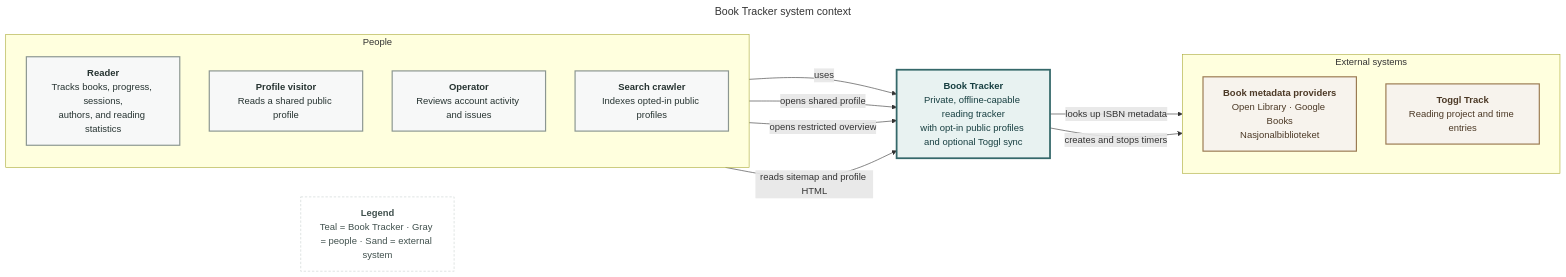
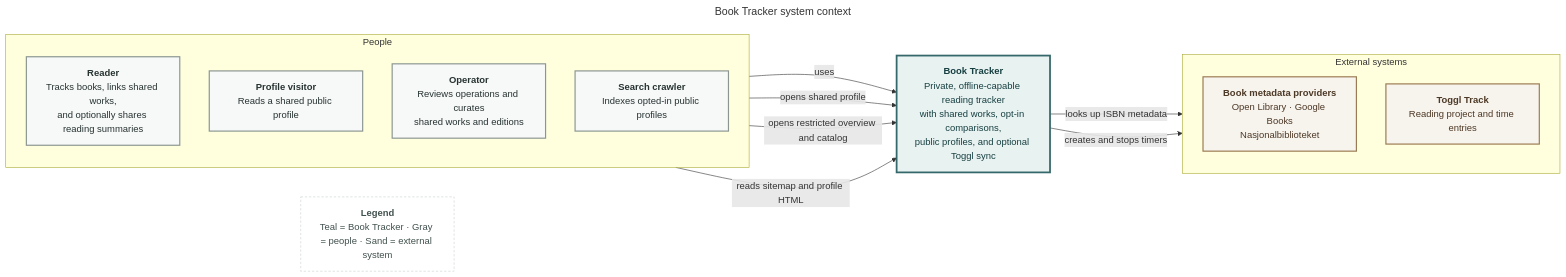
The diagram in docs/architecture/system-context.mmd (ankile/book-tracker), drawn with Mermaid before and after one commit. The commit also changed 75 other files, not shown here.

Commit message:
feat: connect books across users

```diff
--- a/docs/architecture/system-context.mmd
+++ b/docs/architecture/system-context.mmd
@@ -1,36 +1,36 @@
 ---
 title: Book Tracker system context
 ---
 flowchart LR
   accTitle: Book Tracker system context
-  accDescr: Readers, public profile visitors, the operator, and search crawlers use Book Tracker. Book Tracker reads book metadata from Open Library, Google Books, and Nasjonalbiblioteket, and optionally synchronizes reading timers with Toggl Track.
+  accDescr: Readers track personal books, connect them to a shared work catalog, and may opt into reader comparisons. The operator curates shared works and editions. Book Tracker also reads external metadata, serves public profiles, and optionally synchronizes timers with Toggl Track.
 
   classDef person fill:#f7f8f8,stroke:#8b9691,color:#263331,stroke-width:2px;
   classDef system fill:#e8f2f1,stroke:#35686a,color:#173f41,stroke-width:3px;
   classDef external fill:#f7f3ed,stroke:#9b7b52,color:#4c3926,stroke-width:2px;
   classDef legend fill:#ffffff,stroke:#c9d1cf,color:#40504d,stroke-width:1px,stroke-dasharray:4 3;
 
   subgraph people[People]
     direction TB
-    reader["<b>Reader</b><br/>Tracks books, progress, sessions,<br/>authors, and reading statistics"]:::person
+    reader["<b>Reader</b><br/>Tracks books, links shared works,<br/>and optionally shares reading summaries"]:::person
     visitor["<b>Profile visitor</b><br/>Reads a shared public profile"]:::person
-    operator["<b>Operator</b><br/>Reviews account activity and issues"]:::person
+    operator["<b>Operator</b><br/>Reviews operations and curates<br/>shared works and editions"]:::person
     crawler["<b>Search crawler</b><br/>Indexes opted-in public profiles"]:::person
   end
 
-  app["<b>Book Tracker</b><br/>Private, offline-capable reading tracker<br/>with opt-in public profiles and optional Toggl sync"]:::system
+  app["<b>Book Tracker</b><br/>Private, offline-capable reading tracker<br/>with shared works, opt-in comparisons,<br/>public profiles, and optional Toggl sync"]:::system
 
   subgraph providers[External systems]
     direction TB
     catalogs["<b>Book metadata providers</b><br/>Open Library · Google Books<br/>Nasjonalbiblioteket"]:::external
     toggl["<b>Toggl Track</b><br/>Reading project and time entries"]:::external
   end
 
   reader -->|"uses"| app
   visitor -->|"opens shared profile"| app
-  operator -->|"opens restricted overview"| app
+  operator -->|"opens restricted overview and catalog"| app
   crawler -->|"reads sitemap and profile HTML"| app
   app -->|"looks up ISBN metadata"| catalogs
   app -->|"creates and stops timers"| toggl
 
   legend["<b>Legend</b><br/>Teal = Book Tracker · Gray = people · Sand = external system"]:::legend
```
